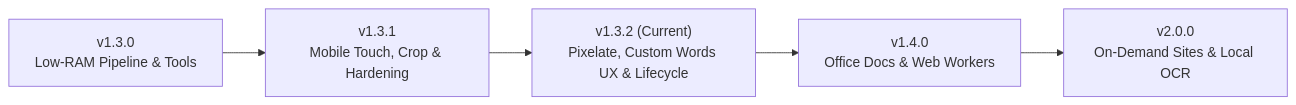
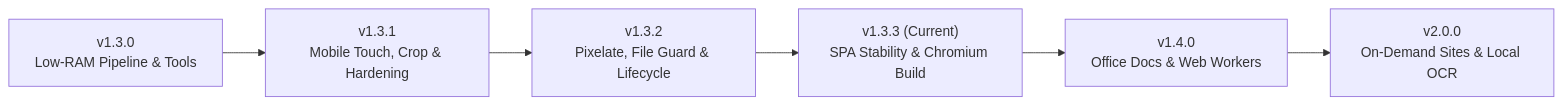
The diagram in ROADMAP.md (m21dev/clipzero), drawn with Mermaid before and after one commit. The commit also changed other lines of this file and 14 other files, not shown here.

Commit message:
Release v1.3.3: Fix SPA chat-switch disconnect & add dual Firefox/Chromium builds

````diff
--- a/ROADMAP.md
+++ b/ROADMAP.md
@@ -5,7 +5,8 @@
 ```mermaid
 flowchart LR
     V130["v1.3.0<br/>Low-RAM Pipeline & Tools"] --> V131["v1.3.1<br/>Mobile Touch, Crop & Hardening"]
-    V131 --> V132["v1.3.2 (Current)<br/>Pixelate, Custom Words UX & Lifecycle"]
-    V132 --> V140["v1.4.0<br/>Office Docs & Web Workers"]
+    V131 --> V132["v1.3.2<br/>Pixelate, File Guard & Lifecycle"]
+    V132 --> V133["v1.3.3 (Current)<br/>SPA Stability & Chromium Build"]
+    V133 --> V140["v1.4.0<br/>Office Docs & Web Workers"]
     V140 --> V200["v2.0.0<br/>On-Demand Sites & Local OCR"]
 ```
````
